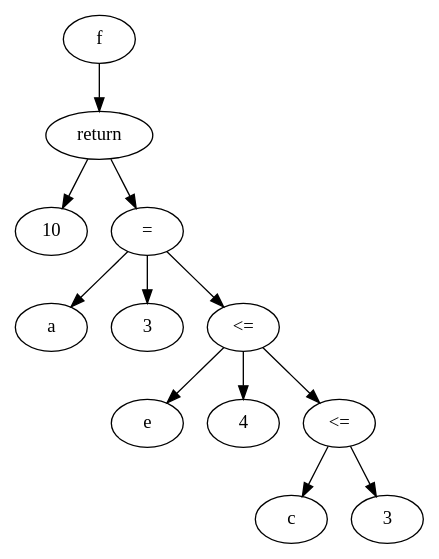
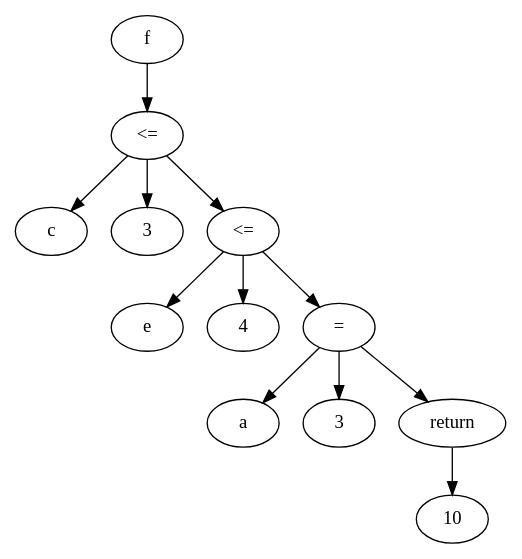
Before and after one commit to GuilhermeGSartori/compiladores-INF01147: the diagram in src/etapa3/img2.dot, drawn with Graphviz.

Commit message:
Updated test2 results, it matches the Professor example

```diff
--- a/src/etapa3/img2.dot
+++ b/src/etapa3/img2.dot
@@ -1,29 +1,29 @@
 # Executado assim: output2dot.sh 
 # https://graphviz.org/doc/info/lang.html
 digraph {
-  x55b400b56360 -> x55b400b56f20
-  x55b400b56f20 -> x55b400b56ec0
-  x55b400b56f20 -> x55b400b56c80
-  x55b400b56c80 -> x55b400b56ce0
-  x55b400b56c80 -> x55b400b56c20
-  x55b400b56c80 -> x55b400b56910
-  x55b400b56910 -> x55b400b56970
-  x55b400b56910 -> x55b400b569d0
-  x55b400b56910 -> x55b400b56580
-  x55b400b56580 -> x55b400b565e0
-  x55b400b56580 -> x55b400b566a0
+  x5584eaecd360 -> x5584eaecd580
+  x5584eaecd580 -> x5584eaecd5e0
+  x5584eaecd580 -> x5584eaecd6a0
+  x5584eaecd580 -> x5584eaecd910
+  x5584eaecd910 -> x5584eaecd970
+  x5584eaecd910 -> x5584eaecd9d0
+  x5584eaecd910 -> x5584eaecdd40
+  x5584eaecdd40 -> x5584eaecdda0
+  x5584eaecdd40 -> x5584eaecdce0
+  x5584eaecdd40 -> x5584eaecdf90
+  x5584eaecdf90 -> x5584eaecdf30
   
   
-  x55b400b56360 [label="f"];
-  x55b400b56f20 [label="return"];
-  x55b400b56ec0 [label="10"];
-  x55b400b56c80 [label="="];
-  x55b400b56ce0 [label="a"];
-  x55b400b56c20 [label="3"];
-  x55b400b56910 [label="<="];
-  x55b400b56970 [label="e"];
-  x55b400b569d0 [label="4"];
-  x55b400b56580 [label="<="];
-  x55b400b565e0 [label="c"];
-  x55b400b566a0 [label="3"];
+  x5584eaecd360 [label="f"];
+  x5584eaecd580 [label="<="];
+  x5584eaecd5e0 [label="c"];
+  x5584eaecd6a0 [label="3"];
+  x5584eaecd910 [label="<="];
+  x5584eaecd970 [label="e"];
+  x5584eaecd9d0 [label="4"];
+  x5584eaecdd40 [label="="];
+  x5584eaecdda0 [label="a"];
+  x5584eaecdce0 [label="3"];
+  x5584eaecdf90 [label="return"];
+  x5584eaecdf30 [label="10"];
 }
```
